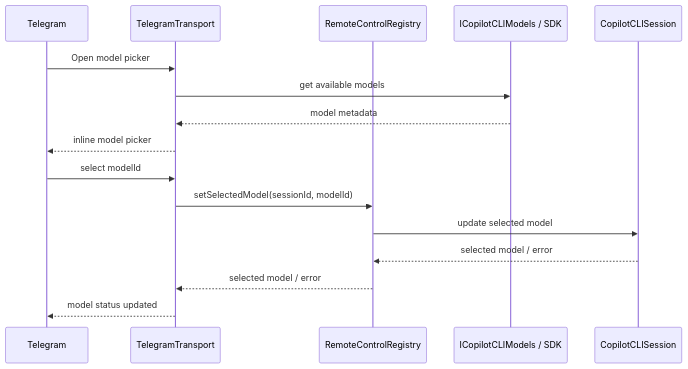
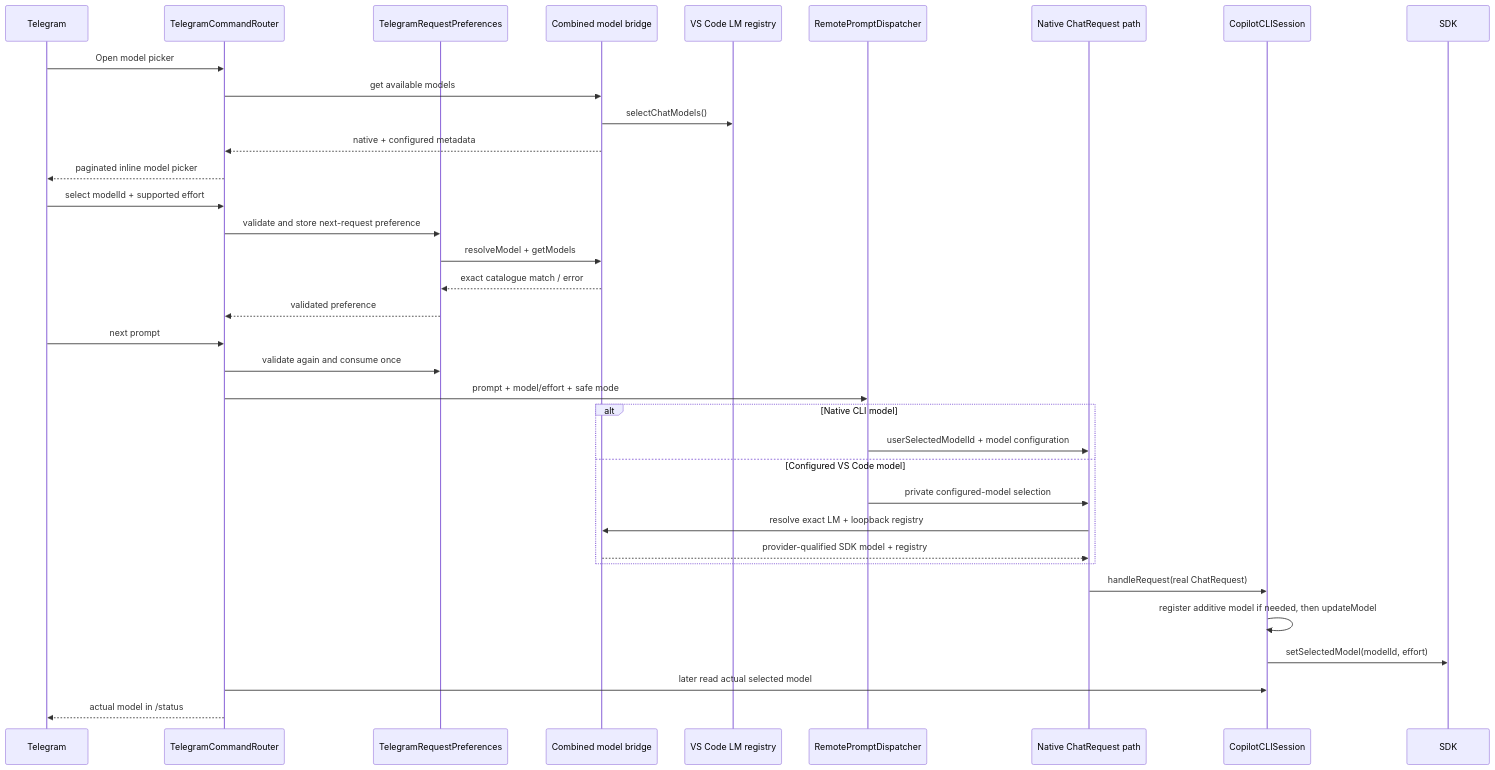
One commit to SachiHarshitha/vscode-telegram changed diagram 14 of 18 in extensions/copilot/docs/telegram-remote/CALL_FLOWS.md. Above: the diagram before and after it, drawn with Mermaid. The commit also changed other lines of this file and 43 other files, not shown here.

First line of the commit message:
Phase 7: add Telegram language model responses handling and tests

````diff
--- a/extensions/copilot/docs/telegram-remote/CALL_FLOWS.md
+++ b/extensions/copilot/docs/telegram-remote/CALL_FLOWS.md
@@ -362,19 +394,37 @@
 ```mermaid
 sequenceDiagram
     participant T as Telegram
-    participant C as TelegramTransport
-    participant R as RemoteControlRegistry
-    participant M as ICopilotCLIModels / SDK
+    participant C as TelegramCommandRouter
+    participant P as TelegramRequestPreferences
+    participant M as Combined model bridge
+    participant LM as VS Code LM registry
+    participant D as RemotePromptDispatcher
+    participant VS as Native ChatRequest path
     participant S as CopilotCLISession
 
     T->>C: Open model picker
     C->>M: get available models
-    M-->>C: model metadata
-    C-->>T: inline model picker
-    T->>C: select modelId
-    C->>R: setSelectedModel(sessionId, modelId)
-    R->>S: update selected model
-    S-->>R: selected model / error
-    R-->>C: selected model / error
-    C-->>T: model status updated
+    M->>LM: selectChatModels()
+    M-->>C: native + configured metadata
+    C-->>T: paginated inline model picker
+    T->>C: select modelId + supported effort
+    C->>P: validate and store next-request preference
+    P->>M: resolveModel + getModels
+    M-->>P: exact catalogue match / error
+    P-->>C: validated preference
+    T->>C: next prompt
+    C->>P: validate again and consume once
+    C->>D: prompt + model/effort + safe mode
+    alt Native CLI model
+        D->>VS: userSelectedModelId + model configuration
+    else Configured VS Code model
+        D->>VS: private configured-model selection
+        VS->>M: resolve exact LM + loopback registry
+        M-->>VS: provider-qualified SDK model + registry
+    end
+    VS->>S: handleRequest(real ChatRequest)
+    S->>S: register additive model if needed, then updateModel
+    S->>SDK: setSelectedModel(modelId, effort)
+    C->>S: later read actual selected model
+    C-->>T: actual model in /status
 ```
````
